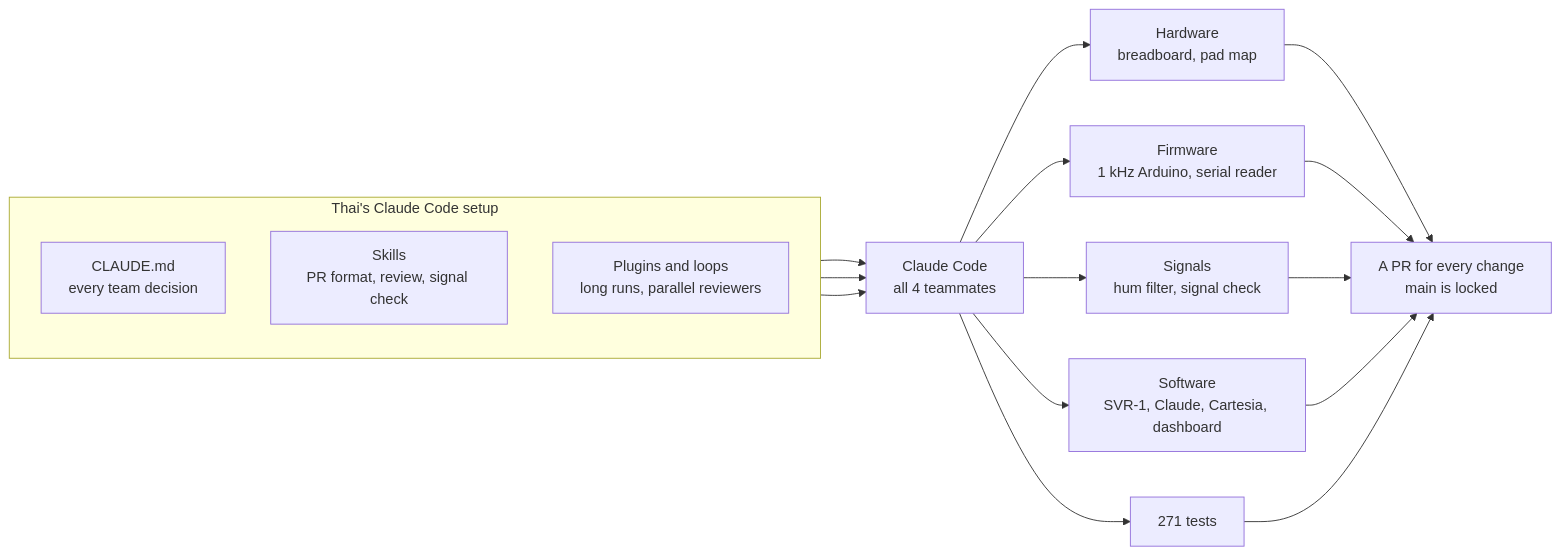
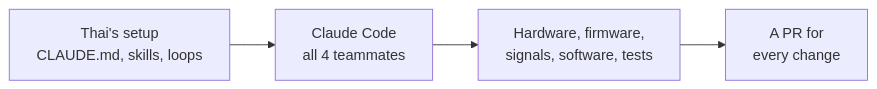
Before and after one commit to thaimtl/Reclaim: the second of 2 diagrams in sponsors/anthropic.md, drawn with Mermaid. The commit also changed other lines of this file and 1 other file, not shown here.

Commit message:
docs(sponsors): simplify the diagrams to four steps each

````diff
--- a/sponsors/anthropic.md
+++ b/sponsors/anthropic.md
@@ -63,16 +52,6 @@
 ```mermaid
 flowchart LR
-    subgraph H["Thai's Claude Code setup"]
-        direction TB
-        MD["CLAUDE.md<br/>every team decision"]
-        SK["Skills<br/>PR format, review, signal check"]
-        PL["Plugins and loops<br/>long runs, parallel reviewers"]
-    end
-    MD & SK & PL --> CC["Claude Code<br/>all 4 teammates"]
-    CC --> HW["Hardware<br/>breadboard, pad map"]
-    CC --> FW["Firmware<br/>1 kHz Arduino, serial reader"]
-    CC --> SP["Signals<br/>hum filter, signal check"]
-    CC --> SW["Software<br/>SVR-1, Claude, Cartesia, dashboard"]
-    CC --> TS["271 tests"]
-    HW & FW & SP & SW & TS --> PR["A PR for every change<br/>main is locked"]
+    S["Thai's setup<br/>CLAUDE.md, skills, loops"] --> C["Claude Code<br/>all 4 teammates"]
+    C --> B["Hardware, firmware,<br/>signals, software, tests"]
+    B --> P["A PR for<br/>every change"]
 ```
````
